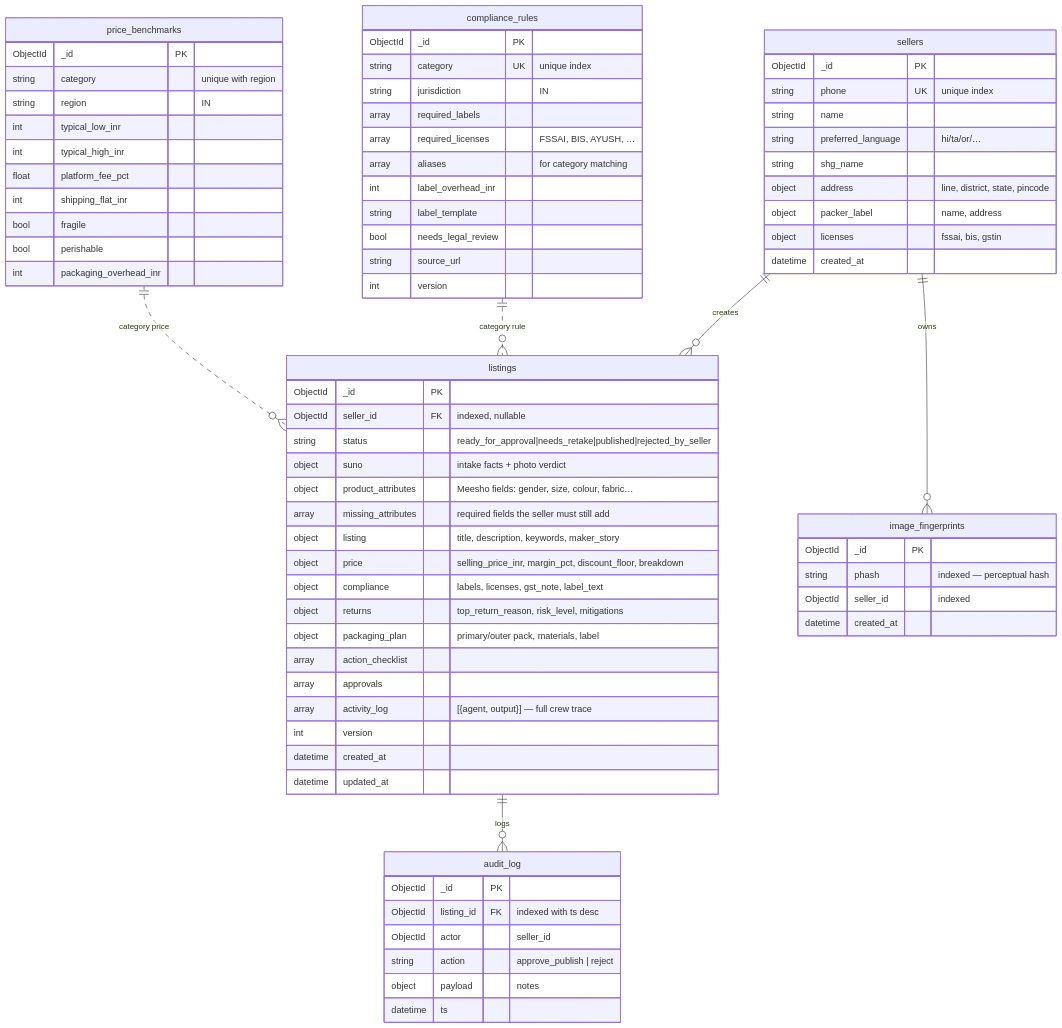
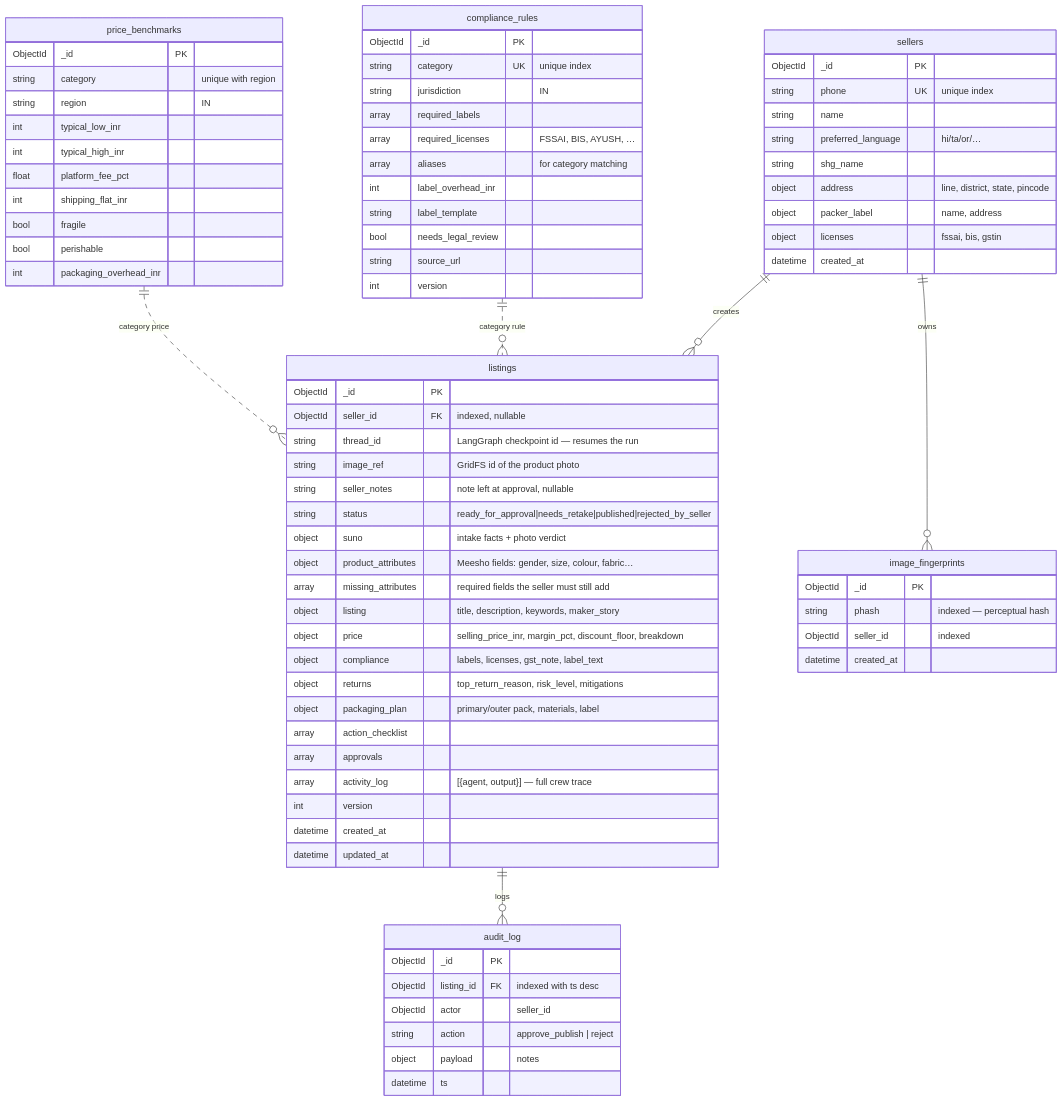
Before and after one commit to sandana1918/Aarambhini: the third of 4 diagrams in docs/ARCHITECTURE.md, drawn with Mermaid. The commit also changed other lines of this file, not shown here.

First line of the commit message:
docs: reflect durable checkpointing, GridFS images, and the real approval interrupt

```diff
--- a/docs/ARCHITECTURE.md
+++ b/docs/ARCHITECTURE.md
@@ -180,6 +188,9 @@
     listings {
         ObjectId _id PK
         ObjectId seller_id FK "indexed, nullable"
+        string thread_id "LangGraph checkpoint id — resumes the run"
+        string image_ref "GridFS id of the product photo"
+        string seller_notes "note left at approval, nullable"
         string status "ready_for_approval|needs_retake|published|rejected_by_seller"
         object suno "intake facts + photo verdict"
         object product_attributes "Meesho fields: gender, size, colour, fabric…"
```
